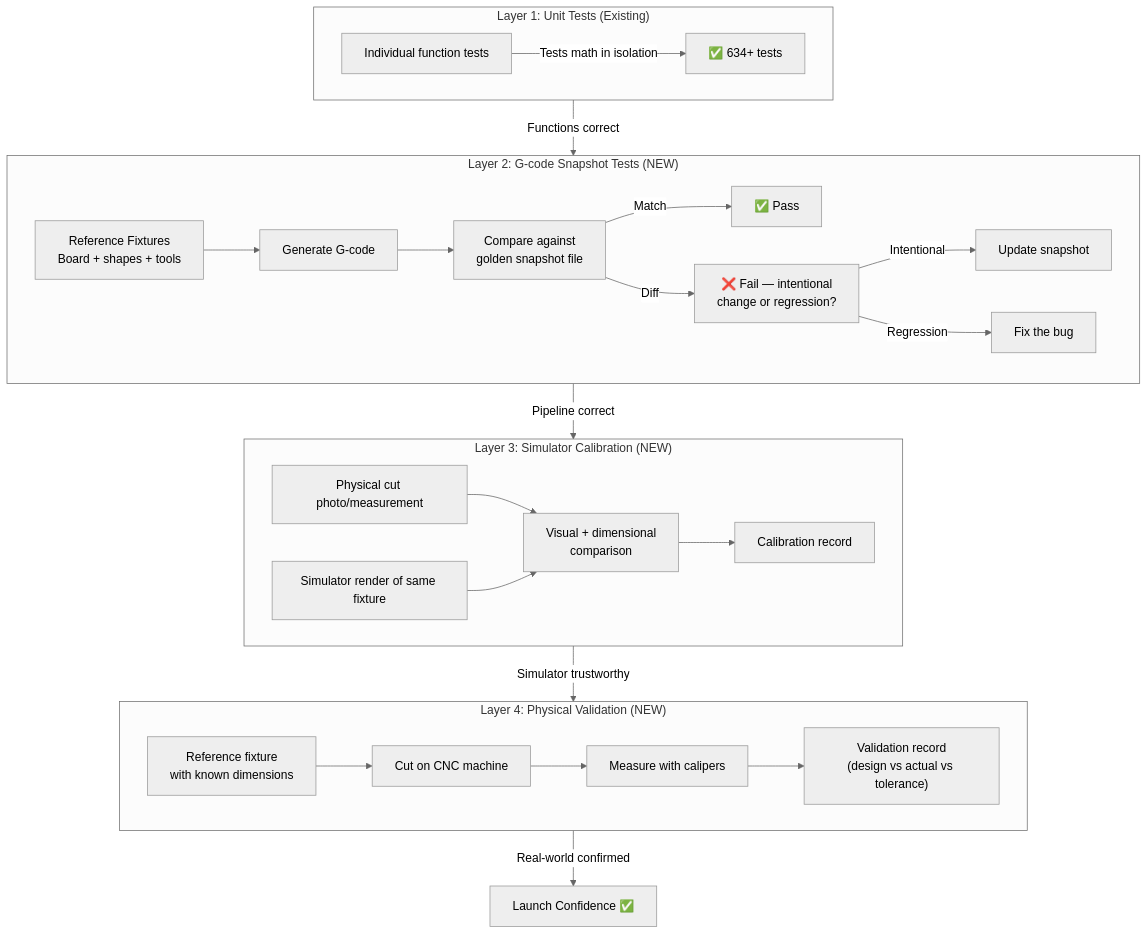
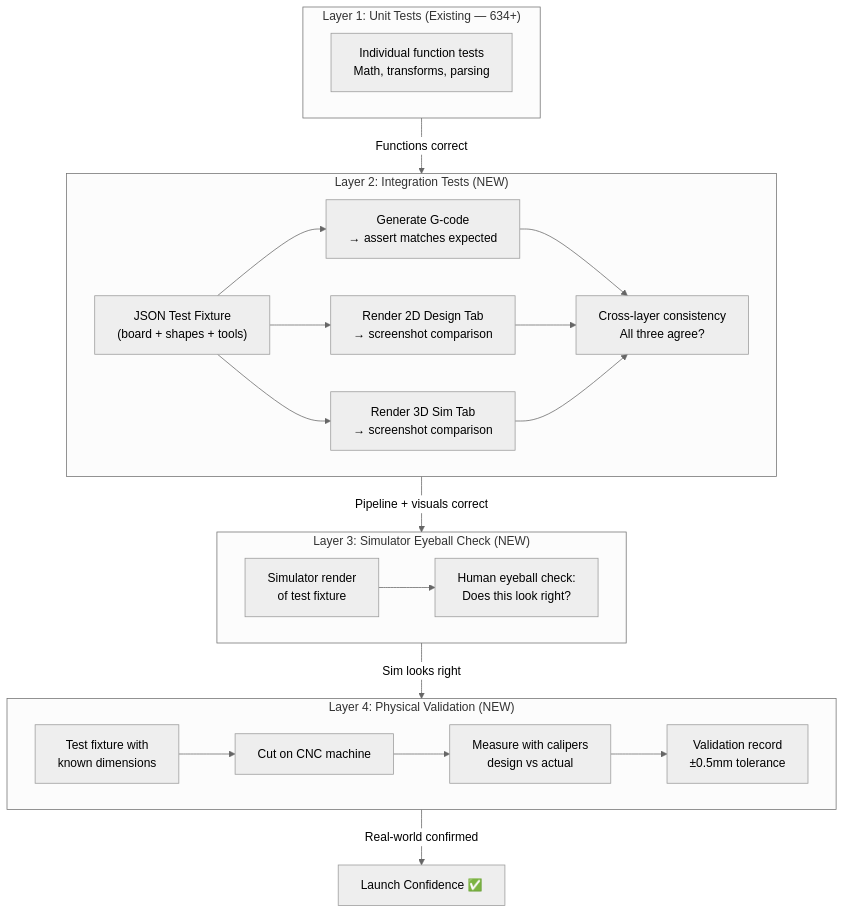
Before and after one commit to danhannah94/csdlc-docs: the first of 3 diagrams in docs/projects/routr/epics/validation.md, drawn with Mermaid (neutral theme). The commit also changed other lines of this file, not shown here.

Commit message:
docs: validation epic - refinement pass 2 (integration tests + visual regression)

````diff
--- a/docs/projects/routr/epics/validation.md
+++ b/docs/projects/routr/epics/validation.md
@@ -100,37 +102,34 @@
 ```mermaid
 graph TD
-    subgraph L1["Layer 1: Unit Tests (Existing)"]
-        UT[Individual function tests]
-        UT --> |"Tests math in isolation"| PASS1[✅ 634+ tests]
+    subgraph L1["Layer 1: Unit Tests (Existing — 634+)"]
+        UT["Individual function tests<br/>Math, transforms, parsing"]
     end
 
-    subgraph L2["Layer 2: G-code Snapshot Tests (NEW)"]
-        FIX[Reference Fixtures<br/>Board + shapes + tools]
-        FIX --> GEN[Generate G-code]
-        GEN --> CMP["Compare against<br/>golden snapshot file"]
-        CMP --> |Match| PASS2[✅ Pass]
-        CMP --> |Diff| FAIL2["❌ Fail — intentional<br/>change or regression?"]
-        FAIL2 --> |Intentional| UPDATE[Update snapshot]
-        FAIL2 --> |Regression| BUG[Fix the bug]
+    subgraph L2["Layer 2: Integration Tests (NEW)"]
+        JSON["JSON Test Fixture<br/>(board + shapes + tools)"]
+        JSON --> GCODE["Generate G-code<br/>→ assert matches expected"]
+        JSON --> CANVAS2D["Render 2D Design Tab<br/>→ screenshot comparison"]
+        JSON --> SIM3D["Render 3D Sim Tab<br/>→ screenshot comparison"]
+        GCODE --> CROSS["Cross-layer consistency<br/>All three agree?"]
+        CANVAS2D --> CROSS
+        SIM3D --> CROSS
     end
 
-    subgraph L3["Layer 3: Simulator Calibration (NEW)"]
-        REAL[Physical cut photo/measurement]
-        SIM[Simulator render of same fixture]
-        REAL --> COMPARE["Visual + dimensional<br/>comparison"]
-        SIM --> COMPARE
-        COMPARE --> CAL[Calibration record]
+    subgraph L3["Layer 3: Simulator Eyeball Check (NEW)"]
+        SIMRENDER["Simulator render<br/>of test fixture"]
+        EYEBALL["Human eyeball check:<br/>Does this look right?"]
+        SIMRENDER --> EYEBALL
     end
 
     subgraph L4["Layer 4: Physical Validation (NEW)"]
-        DESIGN[Reference fixture<br/>with known dimensions]
+        DESIGN["Test fixture with<br/>known dimensions"]
         DESIGN --> CUT[Cut on CNC machine]
-        CUT --> MEASURE[Measure with calipers]
-        MEASURE --> RECORD["Validation record<br/>(design vs actual vs tolerance)"]
+        CUT --> MEASURE["Measure with calipers<br/>design vs actual"]
+        MEASURE --> RECORD["Validation record<br/>±0.5mm tolerance"]
     end
 
     L1 --> |"Functions correct"| L2
-    L2 --> |"Pipeline correct"| L3
-    L3 --> |"Simulator trustworthy"| L4
-    L4 --> |"Real-world confirmed"| LAUNCH[Launch Confidence ✅]
+    L2 --> |"Pipeline + visuals correct"| L3
+    L3 --> |"Sim looks right"| L4
+    L4 --> |"Real-world confirmed"| LAUNCH["Launch Confidence ✅"]
 ```
````
